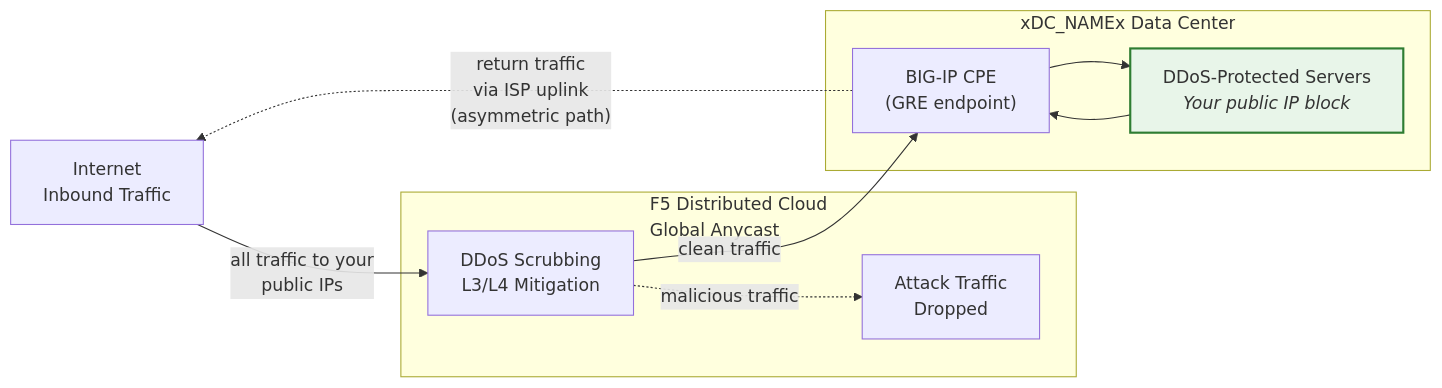
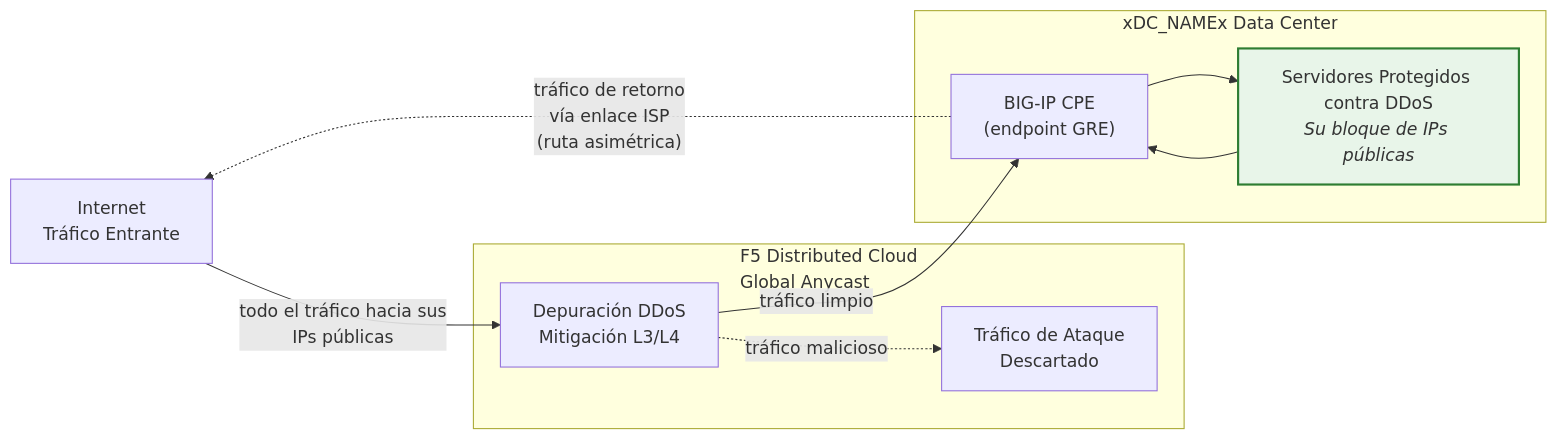
Before and after one commit to f5-sales-demo/ddos: the first of 2 diagrams in docs/es/overview.mdx, drawn with Mermaid. The commit also changed other lines of this file and 95 other files, not shown here.

````diff
--- a/docs/es/overview.mdx
+++ b/docs/es/overview.mdx
@@ -21,23 +21,23 @@
 ```mermaid
 flowchart LR
-    INET["Internet<br/>Inbound Traffic"]
+    INET["Internet<br/>Tráfico Entrante"]
 
     subgraph XC["F5 Distributed Cloud<br/>Global Anycast"]
-        SCRUB["DDoS Scrubbing<br/>L3/L4 Mitigation"]
-        DROP["Attack Traffic<br/>Dropped"]
+        SCRUB["Depuración DDoS<br/>Mitigación L3/L4"]
+        DROP["Tráfico de Ataque<br/>Descartado"]
     end
 
     subgraph DC["xDC_NAMEx Data Center"]
-        BIGIP["BIG-IP CPE<br/>(GRE endpoint)"]
-        SERVERS["DDoS-Protected Servers<br/><i>Your public IP block</i>"]
+        BIGIP["BIG-IP CPE<br/>(endpoint GRE)"]
+        SERVERS["Servidores Protegidos contra DDoS<br/><i>Su bloque de IPs públicas</i>"]
     end
 
-    INET -->|"all traffic to your<br/>public IPs"| SCRUB
-    SCRUB -->|"clean traffic"| BIGIP
-    SCRUB -.->|"malicious traffic"| DROP
+    INET -->|"todo el tráfico hacia sus<br/>IPs públicas"| SCRUB
+    SCRUB -->|"tráfico limpio"| BIGIP
+    SCRUB -.->|"tráfico malicioso"| DROP
     BIGIP --> SERVERS
     SERVERS --> BIGIP
-    BIGIP -.->|"return traffic<br/>via ISP uplink<br/>(asymmetric path)"| INET
+    BIGIP -.->|"tráfico de retorno<br/>vía enlace ISP<br/>(ruta asimétrica)"| INET
 
     style SERVERS fill:#e8f5e9,stroke:#2e7d32,stroke-width:2px
 ```
````
